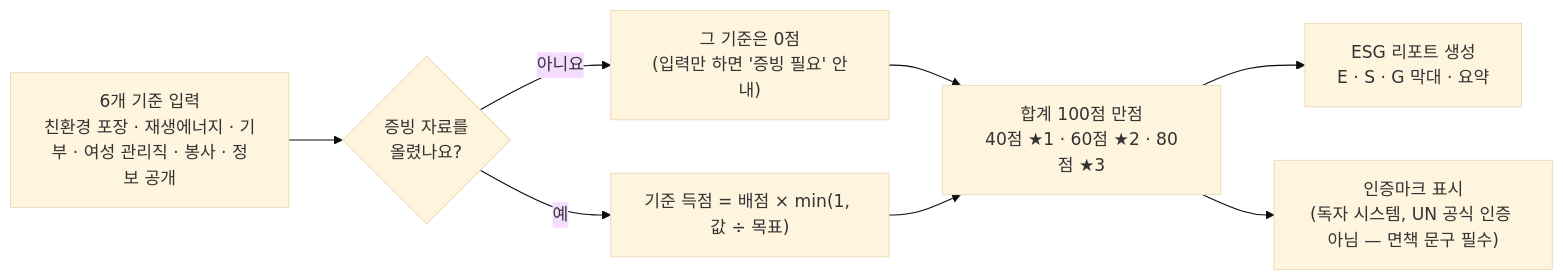
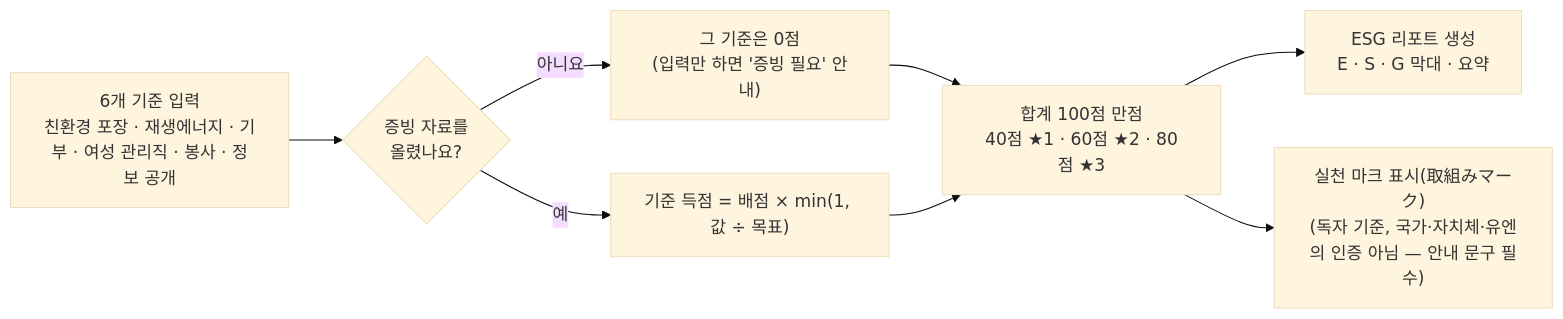
One commit to atome9797/sdgs-compass changed the sixth of 17 diagrams in README.md. Above: the diagram before and after it, drawn with Mermaid (base theme). The commit also changed other lines of this file and 19 other files, not shown here.

````diff
--- a/README.md
+++ b/README.md
@@ -252,10 +253,10 @@
 ```mermaid
 flowchart LR
   e1["6개 기준 입력<br/>친환경 포장 · 재생에너지 · 기부 · 여성 관리직 · 봉사 · 정보 공개"] --> e2{"증빙 자료를<br/>올렸나요?"}
   e2 -- "아니요" --> e3["그 기준은 0점<br/>(입력만 하면 '증빙 필요' 안내)"]
   e2 -- "예" --> e4["기준 득점 = 배점 × min(1, 값 ÷ 목표)"]
   e3 --> e5["합계 100점 만점<br/>40점 ★1 · 60점 ★2 · 80점 ★3"]
   e4 --> e5
   e5 --> e6["ESG 리포트 생성<br/>E · S · G 막대 · 요약"]
-  e5 --> e7["인증마크 표시<br/>(독자 시스템, UN 공식 인증 아님 — 면책 문구 필수)"]
+  e5 --> e7["실천 마크 표시(取組みマーク)<br/>(독자 기준, 국가·자치체·유엔의 인증 아님 — 안내 문구 필수)"]
 ```
````
